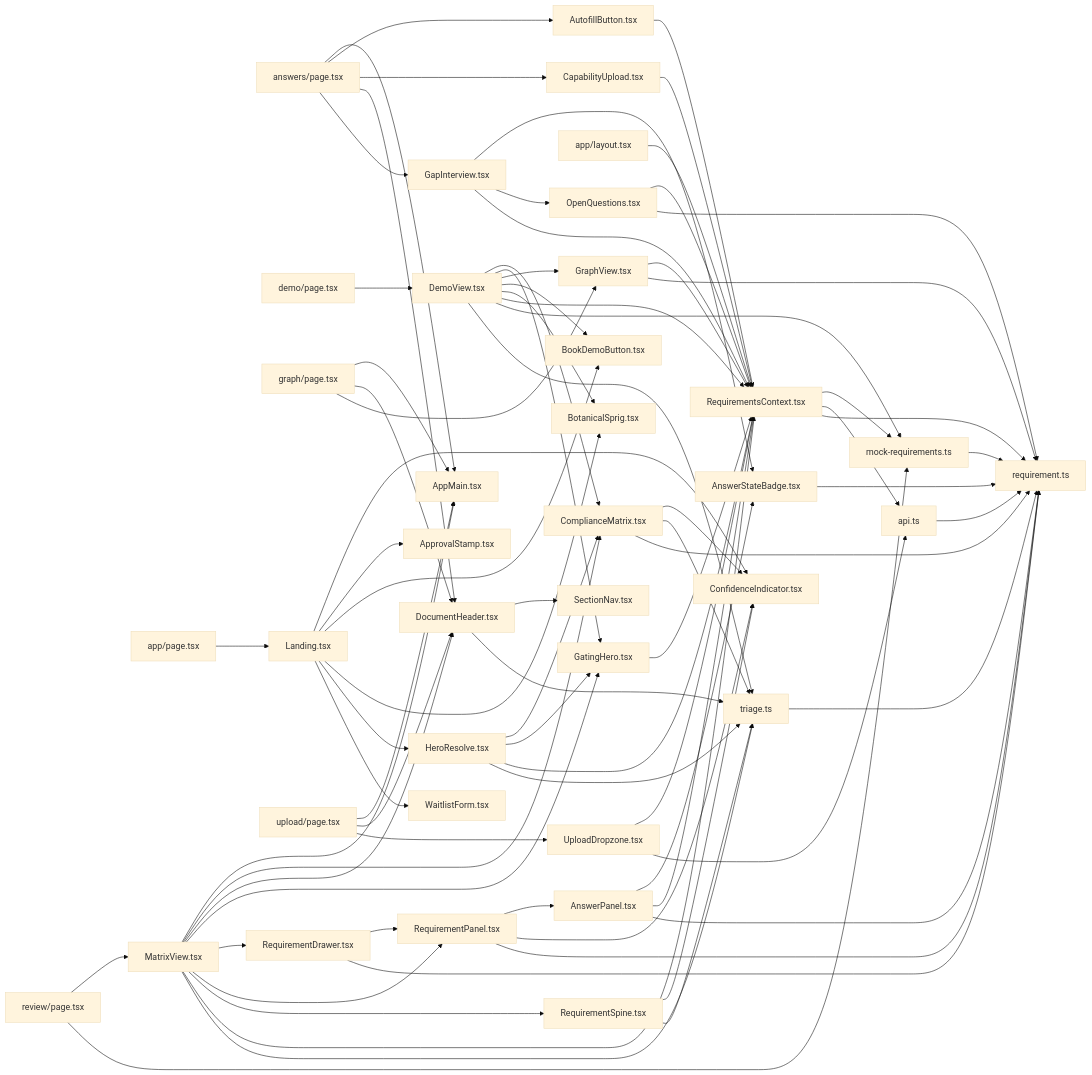
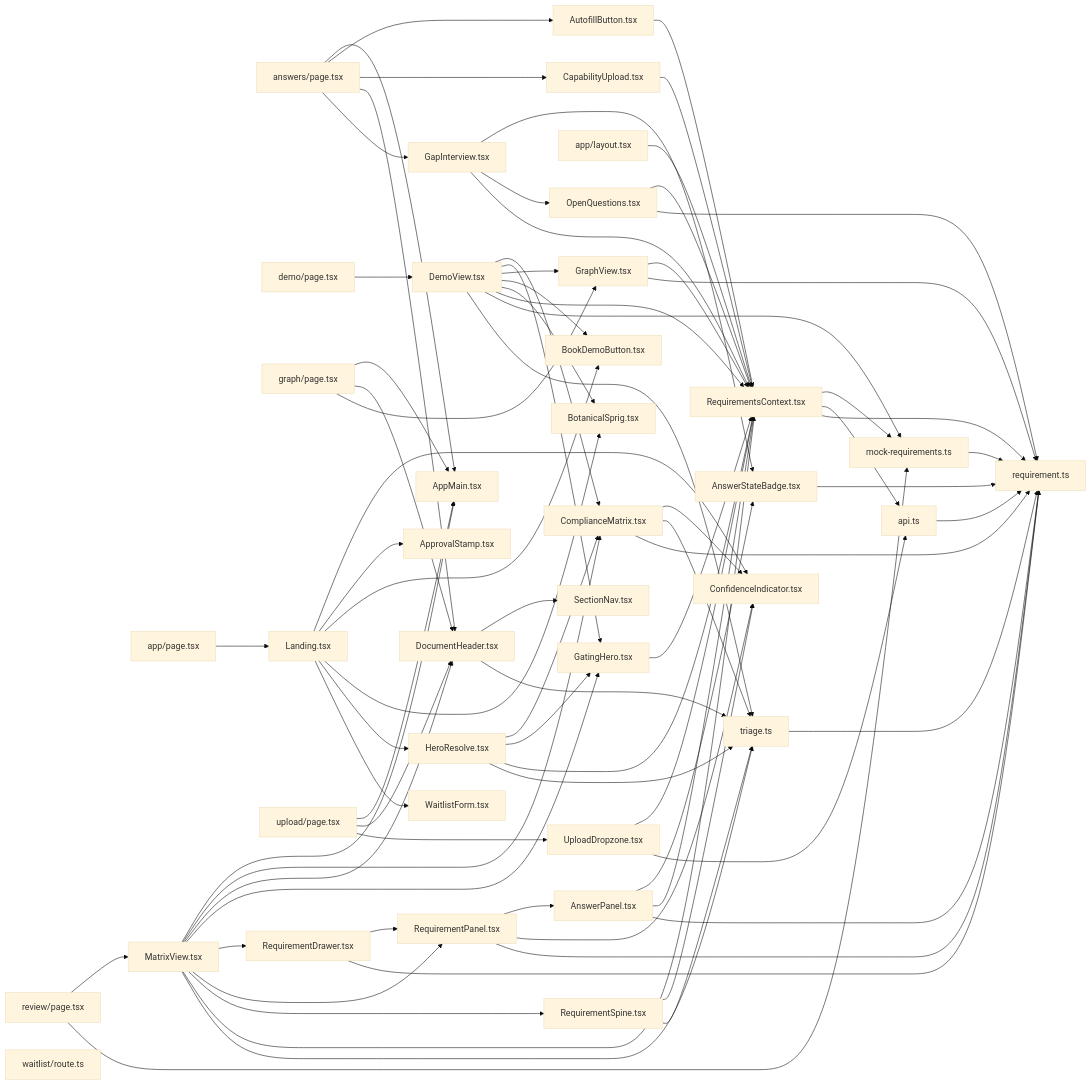
One commit to Welddevelopment/Bidframe changed the second of 3 diagrams in CODEMAP.md. Above: the diagram before and after it, drawn with Mermaid (base theme). The commit also changed other lines of this file and 1 other file, not shown here.

````diff
--- a/CODEMAP.md
+++ b/CODEMAP.md
@@ -43,80 +43,81 @@
 ```mermaid
 graph LR
   n0[answers/page.tsx] --> n1[AppMain.tsx]
   n0[answers/page.tsx] --> n2[AutofillButton.tsx]
   n0[answers/page.tsx] --> n3[CapabilityUpload.tsx]
   n0[answers/page.tsx] --> n4[DocumentHeader.tsx]
   n0[answers/page.tsx] --> n5[GapInterview.tsx]
   n6[demo/page.tsx] --> n7[DemoView.tsx]
   n8[graph/page.tsx] --> n1[AppMain.tsx]
   n8[graph/page.tsx] --> n4[DocumentHeader.tsx]
   n8[graph/page.tsx] --> n9[GraphView.tsx]
   n10[app/layout.tsx] --> n11[RequirementsContext.tsx]
   n12[app/page.tsx] --> n13[Landing.tsx]
   n14[review/page.tsx] --> n15[MatrixView.tsx]
   n14[review/page.tsx] --> n16[mock-requirements.ts]
   n17[upload/page.tsx] --> n1[AppMain.tsx]
   n17[upload/page.tsx] --> n4[DocumentHeader.tsx]
   n17[upload/page.tsx] --> n18[UploadDropzone.tsx]
   n19[AnswerPanel.tsx] --> n20[AnswerStateBadge.tsx]
   n19[AnswerPanel.tsx] --> n11[RequirementsContext.tsx]
   n19[AnswerPanel.tsx] --> n21[requirement.ts]
   n20[AnswerStateBadge.tsx] --> n21[requirement.ts]
   n2[AutofillButton.tsx] --> n11[RequirementsContext.tsx]
   n3[CapabilityUpload.tsx] --> n11[RequirementsContext.tsx]
   n22[ComplianceMatrix.tsx] --> n23[ConfidenceIndicator.tsx]
   n22[ComplianceMatrix.tsx] --> n24[triage.ts]
   n22[ComplianceMatrix.tsx] --> n21[requirement.ts]
   n7[DemoView.tsx] --> n22[ComplianceMatrix.tsx]
   n7[DemoView.tsx] --> n25[GatingHero.tsx]
   n7[DemoView.tsx] --> n9[GraphView.tsx]
   n7[DemoView.tsx] --> n26[BookDemoButton.tsx]
   n7[DemoView.tsx] --> n27[BotanicalSprig.tsx]
   n7[DemoView.tsx] --> n11[RequirementsContext.tsx]
   n7[DemoView.tsx] --> n16[mock-requirements.ts]
   n7[DemoView.tsx] --> n24[triage.ts]
   n4[DocumentHeader.tsx] --> n28[SectionNav.tsx]
   n4[DocumentHeader.tsx] --> n24[triage.ts]
   n5[GapInterview.tsx] --> n20[AnswerStateBadge.tsx]
   n5[GapInterview.tsx] --> n29[OpenQuestions.tsx]
   n5[GapInterview.tsx] --> n11[RequirementsContext.tsx]
   n25[GatingHero.tsx] --> n11[RequirementsContext.tsx]
   n9[GraphView.tsx] --> n11[RequirementsContext.tsx]
   n9[GraphView.tsx] --> n21[requirement.ts]
   n15[MatrixView.tsx] --> n1[AppMain.tsx]
   n15[MatrixView.tsx] --> n22[ComplianceMatrix.tsx]
   n15[MatrixView.tsx] --> n4[DocumentHeader.tsx]
   n15[MatrixView.tsx] --> n25[GatingHero.tsx]
   n15[MatrixView.tsx] --> n30[RequirementDrawer.tsx]
   n15[MatrixView.tsx] --> n31[RequirementPanel.tsx]
   n15[MatrixView.tsx] --> n32[RequirementSpine.tsx]
   n15[MatrixView.tsx] --> n11[RequirementsContext.tsx]
   n15[MatrixView.tsx] --> n24[triage.ts]
   n29[OpenQuestions.tsx] --> n11[RequirementsContext.tsx]
   n29[OpenQuestions.tsx] --> n21[requirement.ts]
   n30[RequirementDrawer.tsx] --> n31[RequirementPanel.tsx]
   n30[RequirementDrawer.tsx] --> n21[requirement.ts]
   n31[RequirementPanel.tsx] --> n19[AnswerPanel.tsx]
   n31[RequirementPanel.tsx] --> n23[ConfidenceIndicator.tsx]
   n31[RequirementPanel.tsx] --> n21[requirement.ts]
   n32[RequirementSpine.tsx] --> n23[ConfidenceIndicator.tsx]
   n32[RequirementSpine.tsx] --> n24[triage.ts]
   n18[UploadDropzone.tsx] --> n11[RequirementsContext.tsx]
   n18[UploadDropzone.tsx] --> n33[api.ts]
   n34[HeroResolve.tsx] --> n22[ComplianceMatrix.tsx]
   n34[HeroResolve.tsx] --> n25[GatingHero.tsx]
   n34[HeroResolve.tsx] --> n11[RequirementsContext.tsx]
   n34[HeroResolve.tsx] --> n24[triage.ts]
   n13[Landing.tsx] --> n23[ConfidenceIndicator.tsx]
   n13[Landing.tsx] --> n35[ApprovalStamp.tsx]
   n13[Landing.tsx] --> n26[BookDemoButton.tsx]
   n13[Landing.tsx] --> n27[BotanicalSprig.tsx]
   n13[Landing.tsx] --> n34[HeroResolve.tsx]
   n13[Landing.tsx] --> n36[WaitlistForm.tsx]
   n11[RequirementsContext.tsx] --> n16[mock-requirements.ts]
   n11[RequirementsContext.tsx] --> n33[api.ts]
   n11[RequirementsContext.tsx] --> n21[requirement.ts]
   n16[mock-requirements.ts] --> n21[requirement.ts]
   n33[api.ts] --> n21[requirement.ts]
   n24[triage.ts] --> n21[requirement.ts]
+  n37[waitlist/route.ts]
 ```
````
